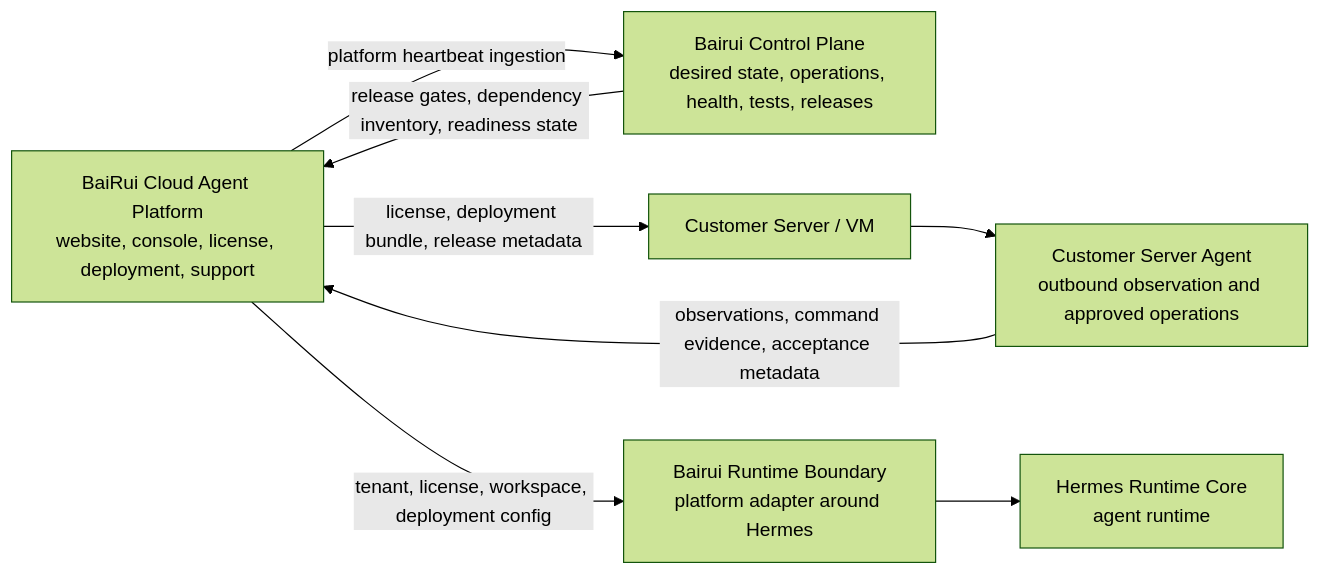
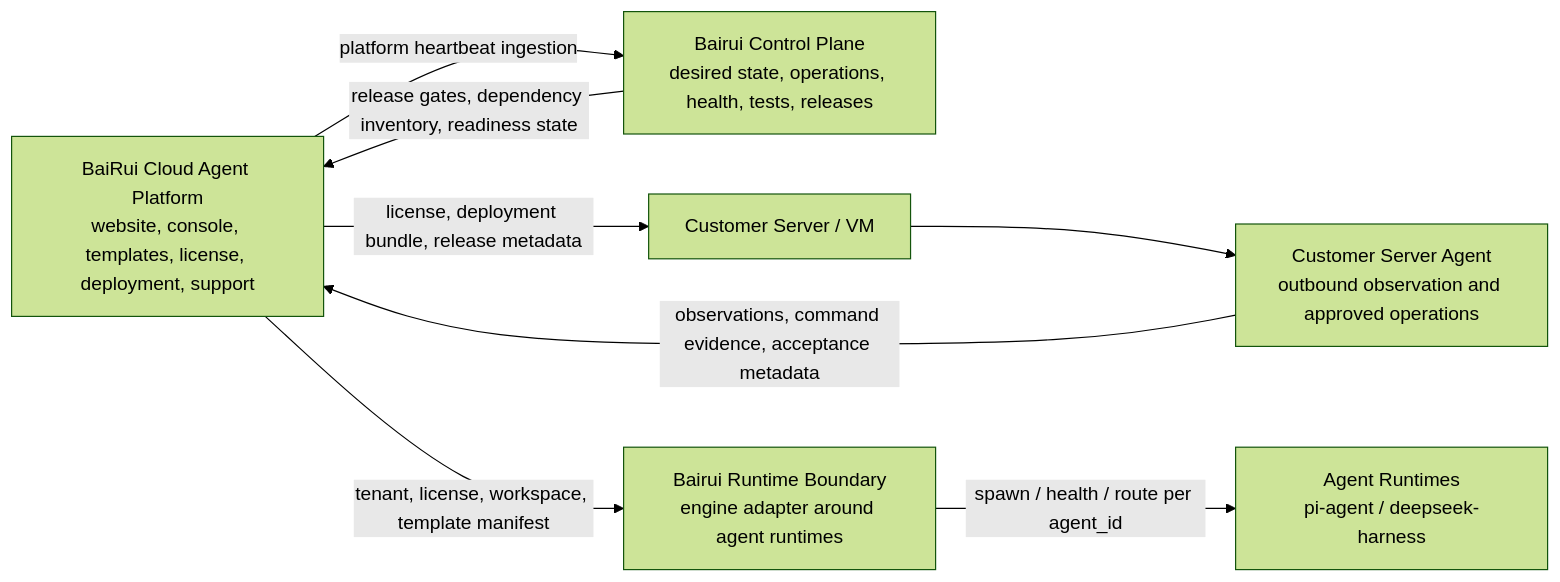
One commit to LUTAO581314/BaiRui-cloud-agent-platform changed the diagram in README.md. Above: the diagram before and after it, drawn with Mermaid (forest theme). The commit also changed other lines of this file and 10 other files, not shown here.

First line of the commit message:
docs: 切换双引擎方案(pi-agent + deepseek-harness)并更新文档体系

````diff
--- a/README.md
+++ b/README.md
@@ -60,17 +63,17 @@
 ```mermaid
 flowchart LR
-  Platform["BaiRui Cloud Agent Platform<br/>website, console, license, deployment, support"]
+  Platform["BaiRui Cloud Agent Platform<br/>website, console, templates, license, deployment, support"]
   CP["Bairui Control Plane<br/>desired state, operations, health, tests, releases"]
-  Boundary["Bairui Runtime Boundary<br/>platform adapter around Hermes"]
-  Hermes["Hermes Runtime Core<br/>agent runtime"]
+  Boundary["Bairui Runtime Boundary<br/>engine adapter around agent runtimes"]
+  Engine["Agent Runtimes<br/>pi-agent / deepseek-harness"]
   ServerAgent["Customer Server Agent<br/>outbound observation and approved operations"]
   Customer["Customer Server / VM"]
 
   Platform -->|"license, deployment bundle, release metadata"| Customer
   Customer --> ServerAgent
   ServerAgent -->|"observations, command evidence, acceptance metadata"| Platform
   Platform -->|"platform heartbeat ingestion"| CP
   CP -->|"release gates, dependency inventory, readiness state"| Platform
-  Platform -->|"tenant, license, workspace, deployment config"| Boundary
-  Boundary --> Hermes
+  Platform -->|"tenant, license, workspace, template manifest"| Boundary
+  Boundary -->|"spawn / health / route per agent_id"| Engine
 ```
````
